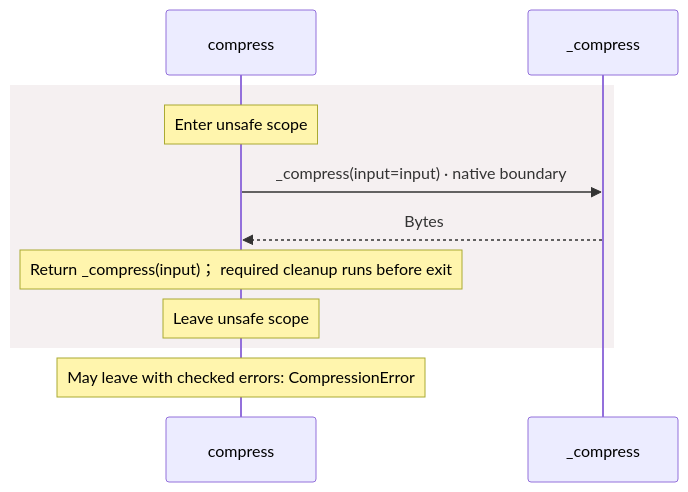
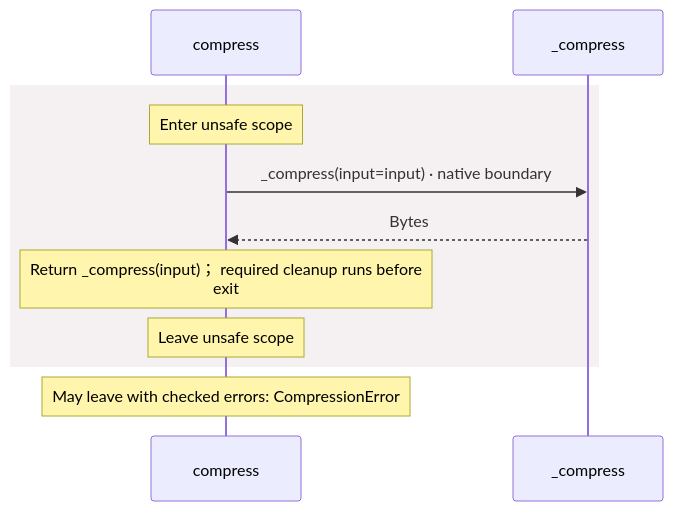
The second of 3 diagrams in docs/examples/native-zlib/dependencies/packages/@greenpandastudios/aug-zlib/0.1.5/api-diagrams.md (GreenPandaStudios/augscript), drawn with Mermaid before and after one commit. The commit also changed other lines of this file and 200 other files, not shown here.

Commit message:
Group imported operations and wrap readable sequence messages

````diff
--- a/docs/examples/native-zlib/dependencies/packages/@greenpandastudios/aug-zlib/0.1.5/api-diagrams.md
+++ b/docs/examples/native-zlib/dependencies/packages/@greenpandastudios/aug-zlib/0.1.5/api-diagrams.md
@@ -58,13 +58,13 @@
 ```mermaid
 sequenceDiagram
     participant p0 as compress
     participant p1 as _compress
     rect rgb(245, 240, 241)
     Note over p0: Enter unsafe scope
     p0->>p1: _compress(input=input) · native boundary
     p1-->>p0: Bytes
-    Note over p0: Return _compress(input)； required cleanup runs before exit
+    Note over p0: Return _compress(input)； required cleanup runs before<br/>exit
     Note over p0: Leave unsafe scope
     end
     Note over p0: May leave with checked errors: CompressionError
 ```
````
